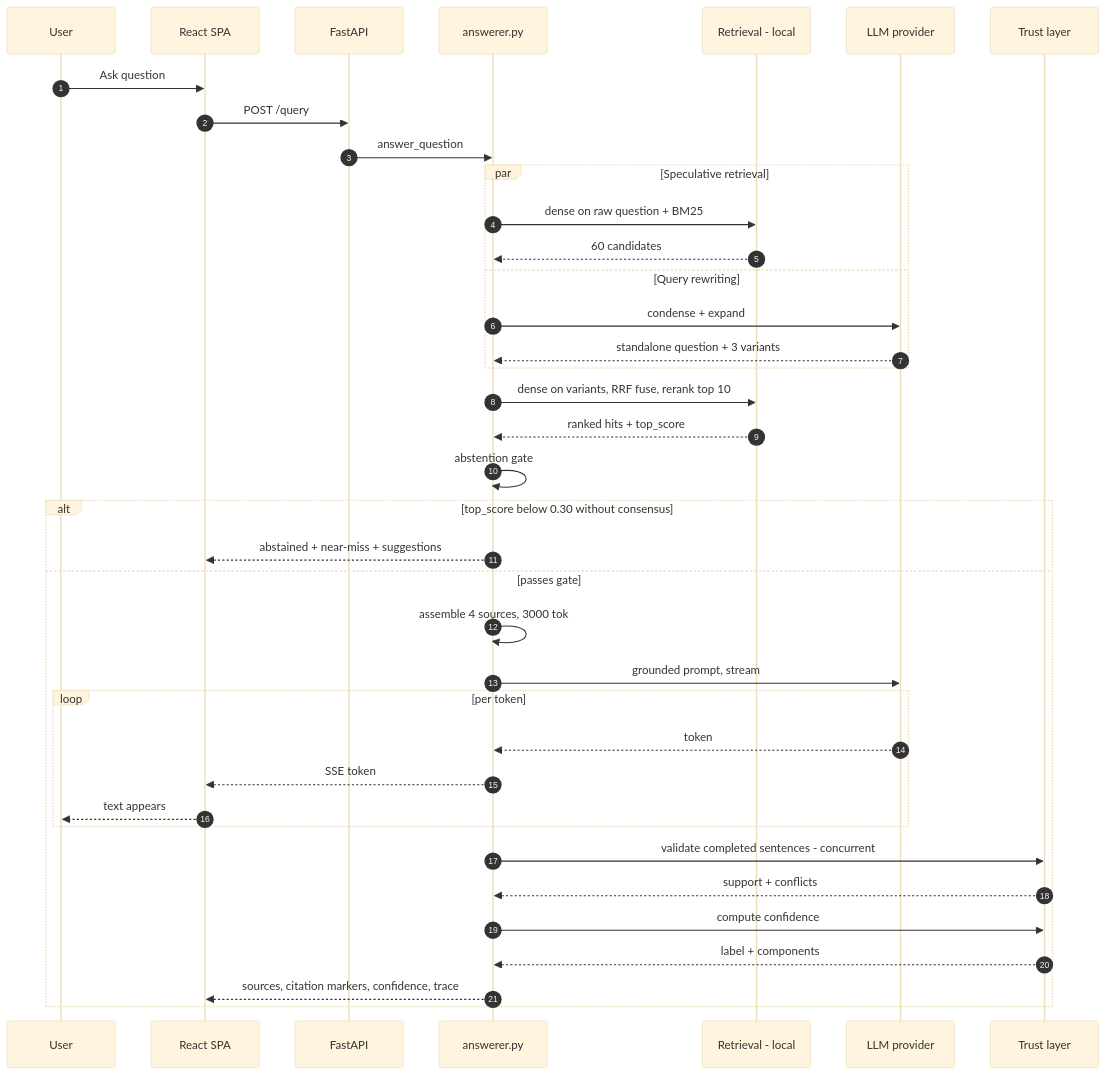
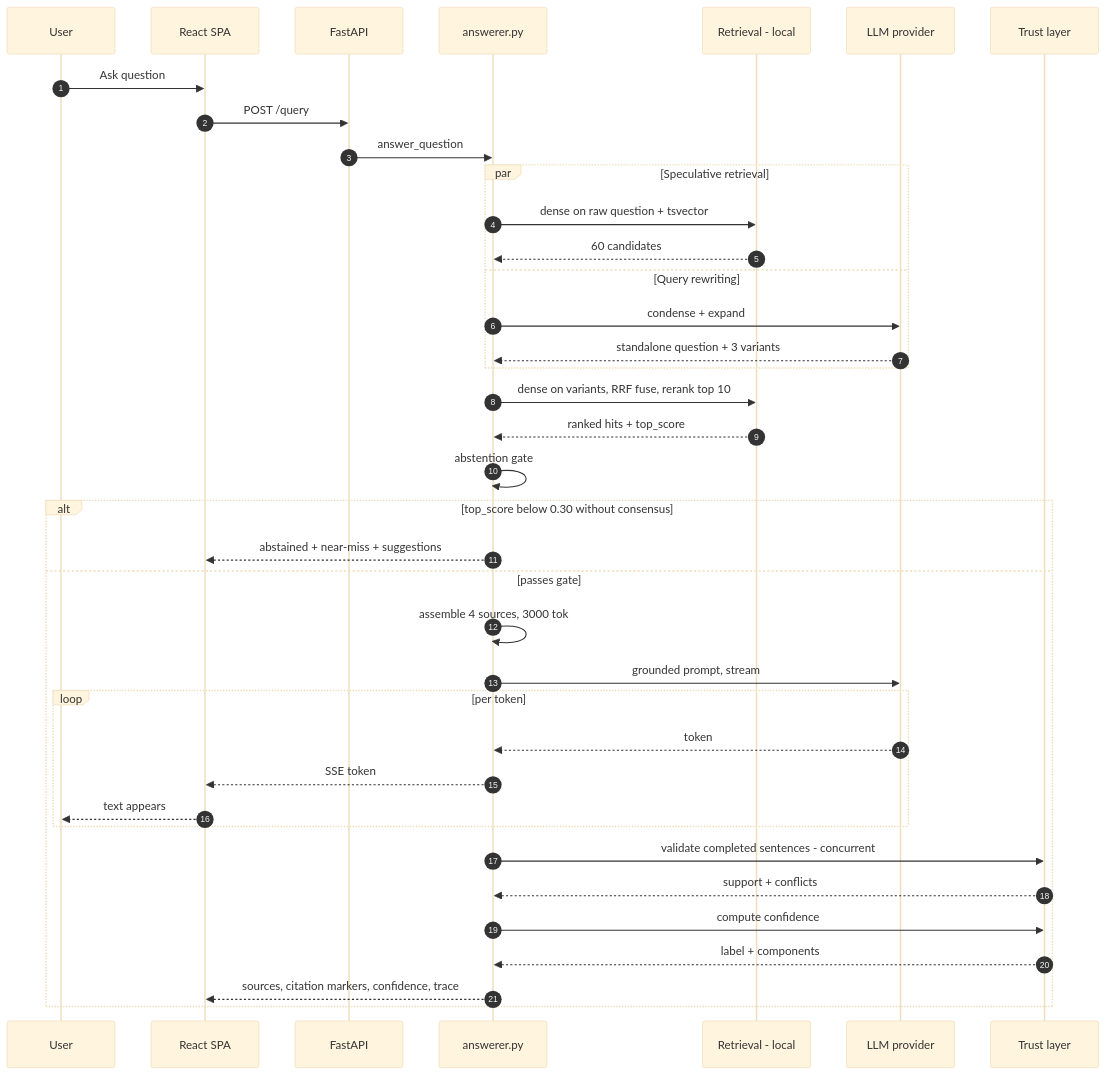
The diagram in docs/diagrams/07-request-sequence.mmd (nishanthsr7-eng/smart-document-assistant), drawn with Mermaid (base theme) before and after one commit. The commit also changed 31 other files, not shown here.

```diff
--- a/docs/diagrams/07-request-sequence.mmd
+++ b/docs/diagrams/07-request-sequence.mmd
@@ -1,42 +1,42 @@
 sequenceDiagram
     autonumber
     participant U as User
     participant FE as React SPA
     participant API as FastAPI
     participant AN as answerer.py
     participant RET as Retrieval - local
     participant LLM as LLM provider
     participant TR as Trust layer
 
     U->>FE: Ask question
     FE->>API: POST /query
     API->>AN: answer_question
 
     par Speculative retrieval
-        AN->>RET: dense on raw question + BM25
+        AN->>RET: dense on raw question + tsvector
         RET-->>AN: 60 candidates
     and Query rewriting
         AN->>LLM: condense + expand
         LLM-->>AN: standalone question + 3 variants
     end
 
     AN->>RET: dense on variants, RRF fuse, rerank top 10
     RET-->>AN: ranked hits + top_score
     AN->>AN: abstention gate
 
     alt top_score below 0.30 without consensus
         AN-->>FE: abstained + near-miss + suggestions
     else passes gate
         AN->>AN: assemble 4 sources, 3000 tok
         AN->>LLM: grounded prompt, stream
         loop per token
             LLM-->>AN: token
             AN-->>FE: SSE token
             FE-->>U: text appears
         end
         AN->>TR: validate completed sentences - concurrent
         TR-->>AN: support + conflicts
         AN->>TR: compute confidence
         TR-->>AN: label + components
         AN-->>FE: sources, citation markers, confidence, trace
     end
```
